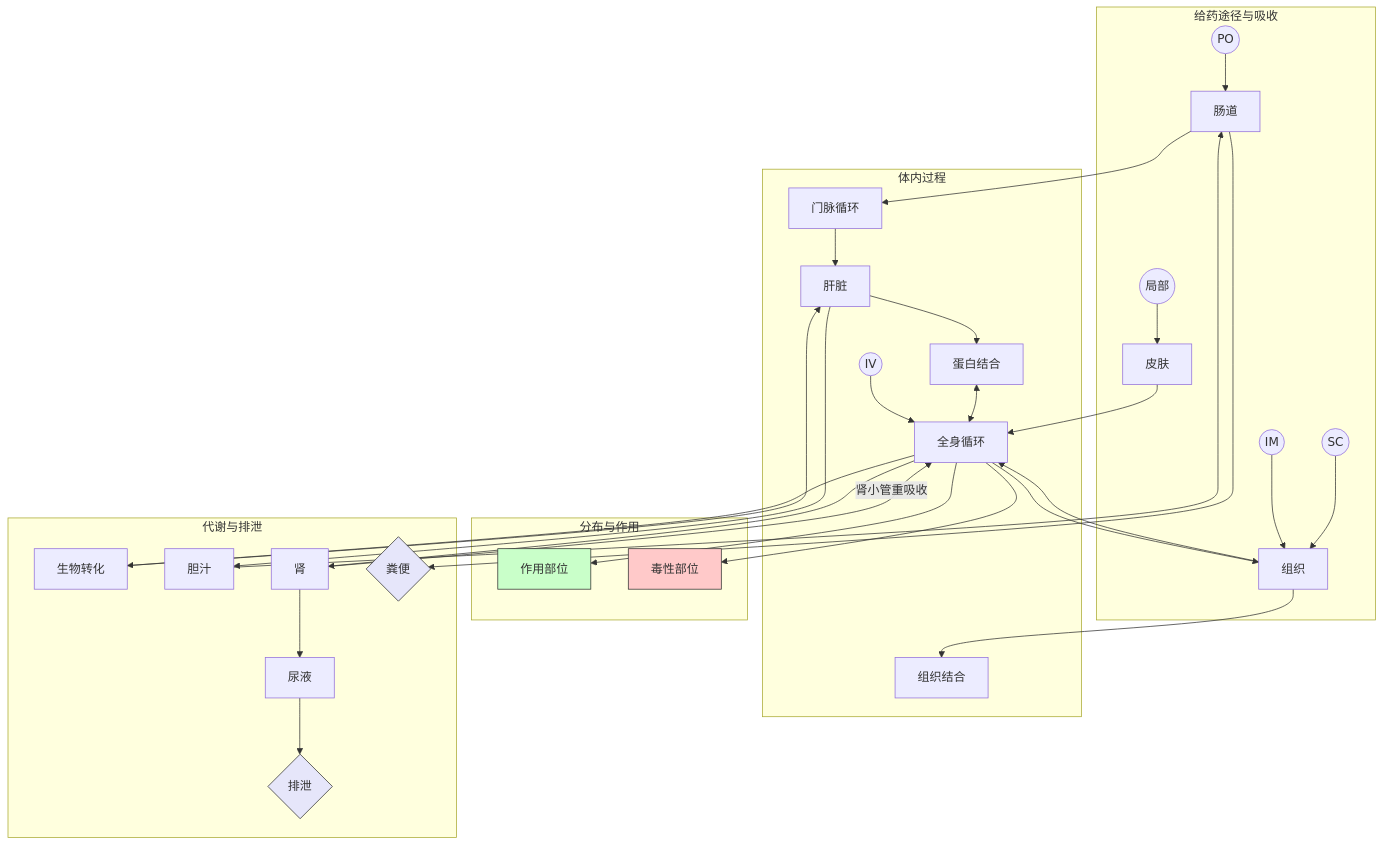
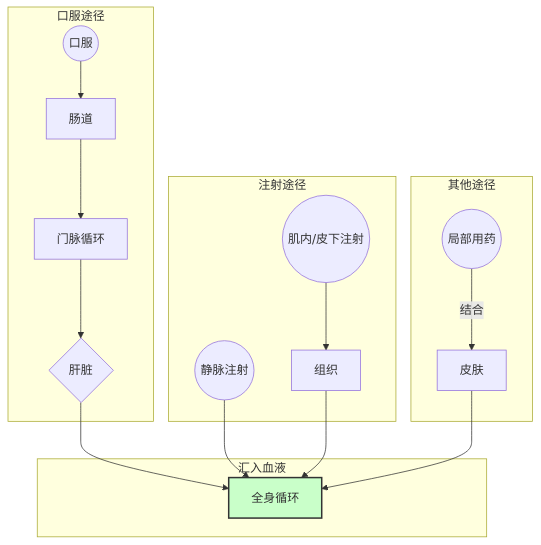
Before and after one commit to Raymon-Lyu/Veterinary-Medicine: the diagram in 兽医药理学/总论.md, drawn with Mermaid. The commit also changed other lines of this file and 1 other file, not shown here.

Commit message:
vault backup: 2025-09-22 14:44:38

````diff
--- a/兽医药理学/总论.md
+++ b/兽医药理学/总论.md
@@ -103,39 +103,25 @@
 ```mermaid
 graph TD
-    subgraph 给药途径与吸收
-        PO((PO)) --> 肠道
-        局部((局部)) --> 皮肤
-        IM((IM)) & SC((SC)) --> 组织
+    subgraph 口服途径
+        A((口服)) --> B[肠道]
+        B --> C[门脉循环] --> D{肝脏}
     end
 
-    subgraph 体内过程
-        肠道 --> 门脉循环 --> 肝脏
-        皮肤 --> 全身循环
-        组织 --> 组织结合
-        组织 --> 全身循环
-        IV((IV)) --> 全身循环
-        肝脏 --> 蛋白结合
-        蛋白结合 <--> 全身循环
+    subgraph 注射途径
+        E((静脉注射))
+        F((肌内/皮下注射)) --> G[组织]
     end
 
-    subgraph 分布与作用
-        全身循环 --> 作用部位
-        全身循环 --> 毒性部位
-        全身循环 --> 组织
+    subgraph 其他途径
+        H((局部用药)) --结合--> I[皮肤]
     end
 
-    subgraph 代谢与排泄
-        全身循环 --> 生物转化 --> 肝脏
-        肝脏 --> 胆汁 --> 肠道
-        全身循环 --> 肾
-        肾 -- 肾小管重吸收 --> 全身循环
-        肾 --> 尿液 --> 排泄{排泄}
-        肠道 --> 粪便{粪便}
+    subgraph 汇入血液
+        D --> Z[全身循环]
+        E --> Z
+        G --> Z
+        I --> Z
     end
 
-    %% 样式定义
-    style 作用部位 fill:#c9ffc9,stroke:#333
-    style 毒性部位 fill:#ffc9c9,stroke:#333
-    style 排泄 fill:#e6e6fa,stroke:#333
-    style 粪便 fill:#e6e6fa,stroke:#333
+    style Z fill:#c9ffc9,stroke:#333,stroke-width:2px
 ```
````
